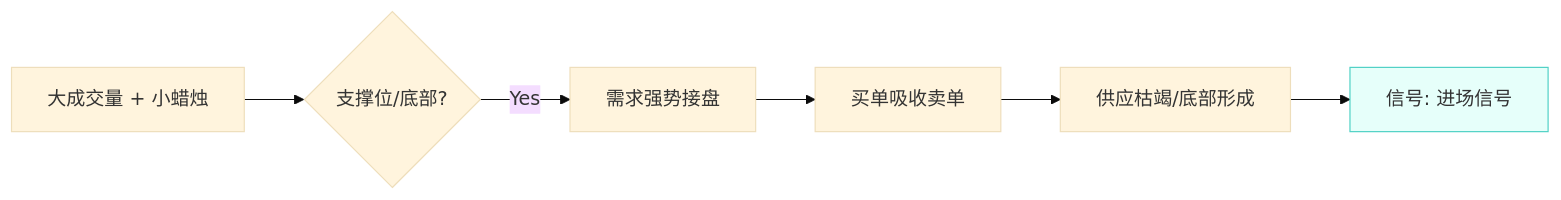
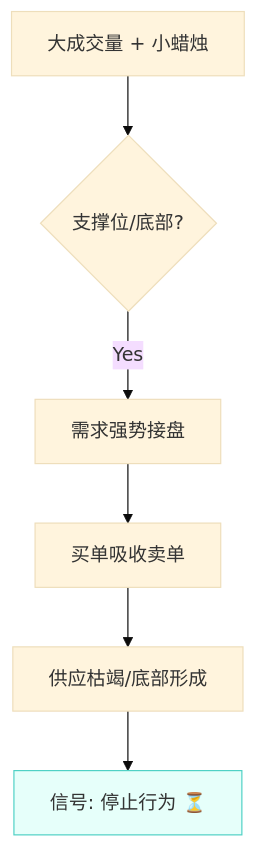
Before and after one commit to bigzhu/Wyckoff: the second of 2 diagrams in docs/第一章_聪明钱解读市场的工具/第二节_CM观察走势遵循的原则.md, drawn with Mermaid (base theme). The commit also changed other lines of this file and 8 other files, not shown here.

Commit message:
refactor: Optimize Mermaid diagrams layout and clarify Chapter 1 Section 2 content

````diff
--- a/docs/第一章_聪明钱解读市场的工具/第二节_CM观察走势遵循的原则.md
+++ b/docs/第一章_聪明钱解读市场的工具/第二节_CM观察走势遵循的原则.md
@@ -96,9 +99,9 @@
 ```mermaid
-graph LR
+graph TD
     A["大成交量 + 小蜡烛"] --> B{支撑位/底部?}
     B -->|Yes| C[需求强势接盘]
     C --> D[买单吸收卖单]
     D --> E[供应枯竭/底部形成]
-    E --> F["信号: 进场信号"]
+    E --> F["信号: 停止行为 ⏳"]
     style F fill:#e6fffa,stroke:#4fd1c5
 ```
````
